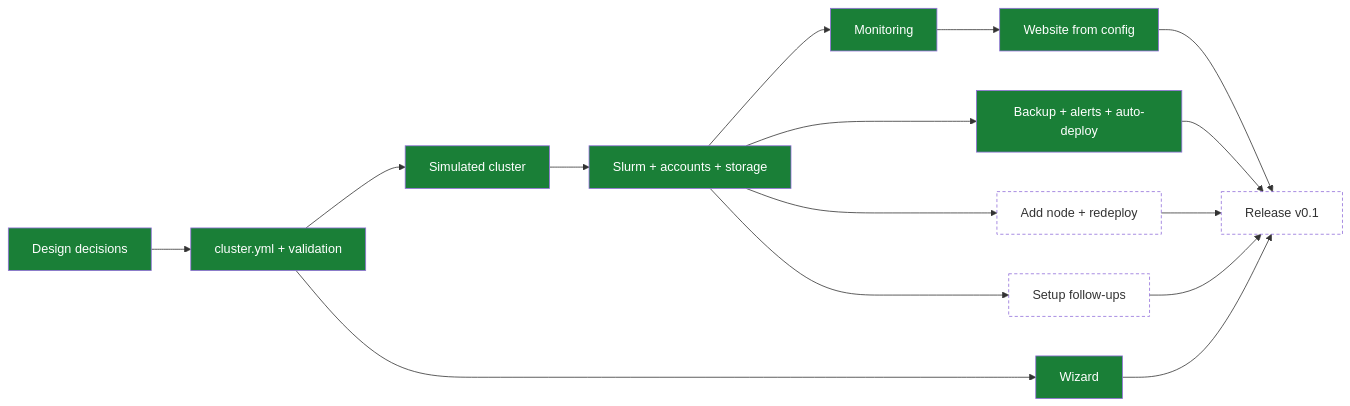
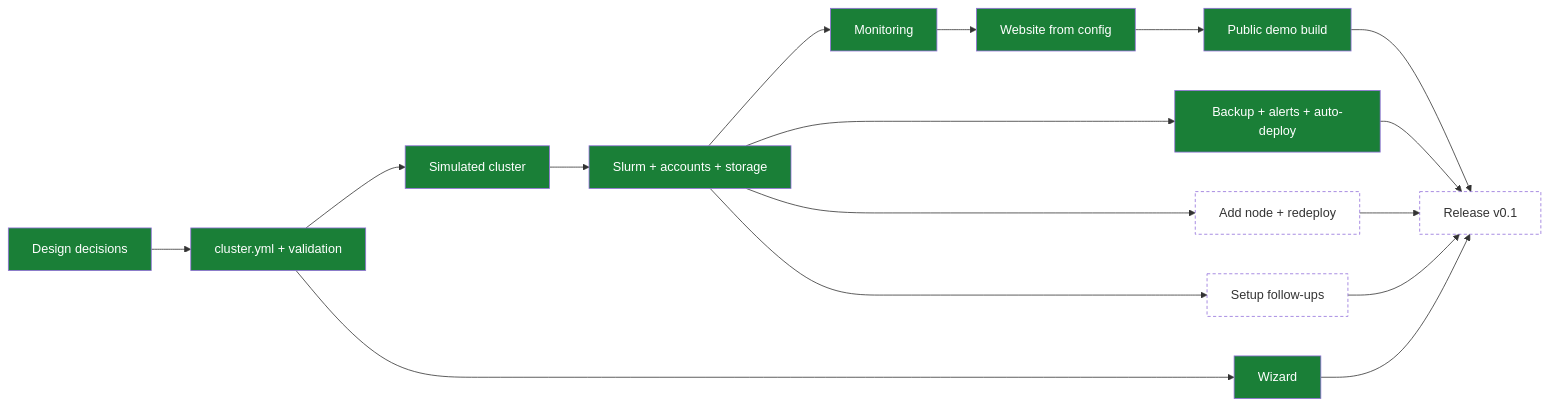
One commit to enajx/nanoHPC changed the diagram in TODO.md. Above: the diagram before and after it, drawn with Mermaid. The commit also changed other lines of this file and 20 other files, not shown here.

First line of the commit message:
Build static public demo

````diff
--- a/TODO.md
+++ b/TODO.md
@@ -11,21 +11,22 @@
 ```mermaid
 flowchart LR
   classDef done fill:#1a7f37,color:#fff
   classDef wip fill:#d4a72c,color:#000
   classDef queued fill:none,stroke-dasharray:4 3
 
   D[Design decisions]:::done --> C[cluster.yml + validation]:::done
   C --> SIM[Simulated cluster]:::done
   SIM --> S[Slurm + accounts + storage]:::done
   S --> M[Monitoring]:::done
   M --> W[Website from config]:::done
   S --> BK[Backup + alerts + auto-deploy]:::done
   C --> WZ[Wizard]:::done
   S --> N[Add node + redeploy]:::queued
-  W --> R[Release v0.1]:::queued
+  W --> DEMO[Public demo build]:::done
+  DEMO --> R[Release v0.1]:::queued
   BK --> R
   WZ --> R
   N --> R
   S --> F[Setup follow-ups]:::queued
   F --> R
 ```
````
